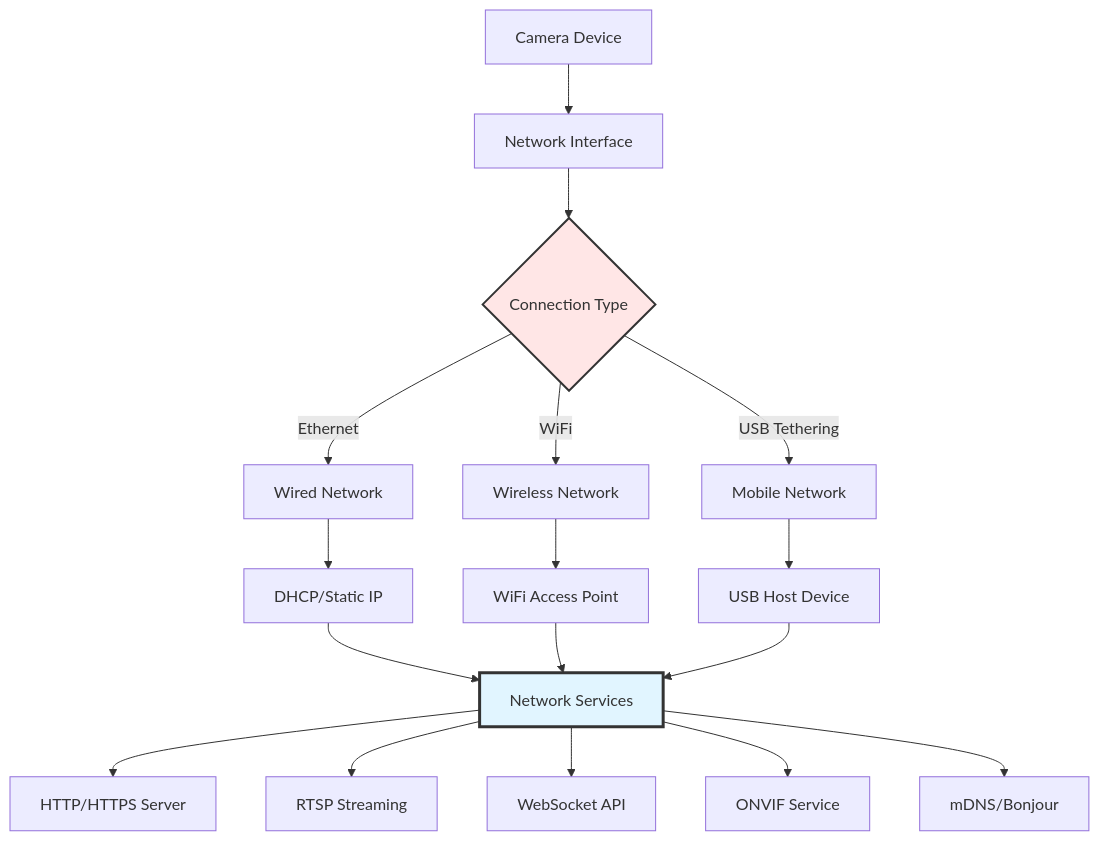
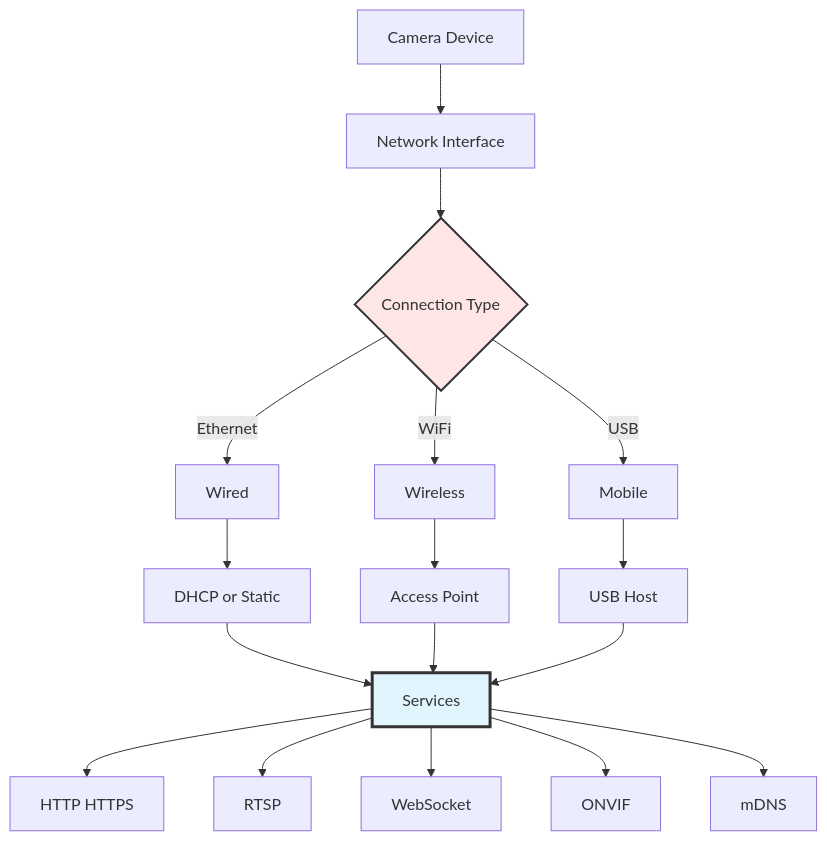
Before and after one commit to JayeshKakkad-Rotoclear/Rotoclear-C-Pro-Docs: the diagram in docs/configuration/network.md, drawn with Mermaid. The commit also changed 16 other files, not shown here.

Commit message:
Fix Mermaid diagram text overflow issues - Simplified all node labels to prevent text cutoff - Removed line breaks from node text - Shortened labels while maintaining clarity - Fixed all diagrams to display properly on website

````diff
--- a/docs/configuration/network.md
+++ b/docs/configuration/network.md
@@ -9,26 +9,26 @@
 ```mermaid
 graph TB
     A[Camera Device] --> B[Network Interface]
     B --> C{Connection Type}
     
-    C -->|Ethernet| D[Wired Network]
-    C -->|WiFi| E[Wireless Network]
-    C -->|USB Tethering| F[Mobile Network]
+    C -->|Ethernet| D[Wired]
+    C -->|WiFi| E[Wireless]
+    C -->|USB| F[Mobile]
     
-    D --> G[DHCP/Static IP]
-    E --> H[WiFi Access Point]
-    F --> I[USB Host Device]
+    D --> G[DHCP or Static]
+    E --> H[Access Point]
+    F --> I[USB Host]
     
-    G --> J[Network Services]
+    G --> J[Services]
     H --> J
     I --> J
     
-    J --> K[HTTP/HTTPS Server]
-    J --> L[RTSP Streaming]
-    J --> M[WebSocket API]
-    J --> N[ONVIF Service]
-    J --> O[mDNS/Bonjour]
+    J --> K[HTTP HTTPS]
+    J --> L[RTSP]
+    J --> M[WebSocket]
+    J --> N[ONVIF]
+    J --> O[mDNS]
     
     style C fill:#ffe6e6,stroke:#333,stroke-width:2px
     style J fill:#e1f5ff,stroke:#333,stroke-width:3px
 ```
````
